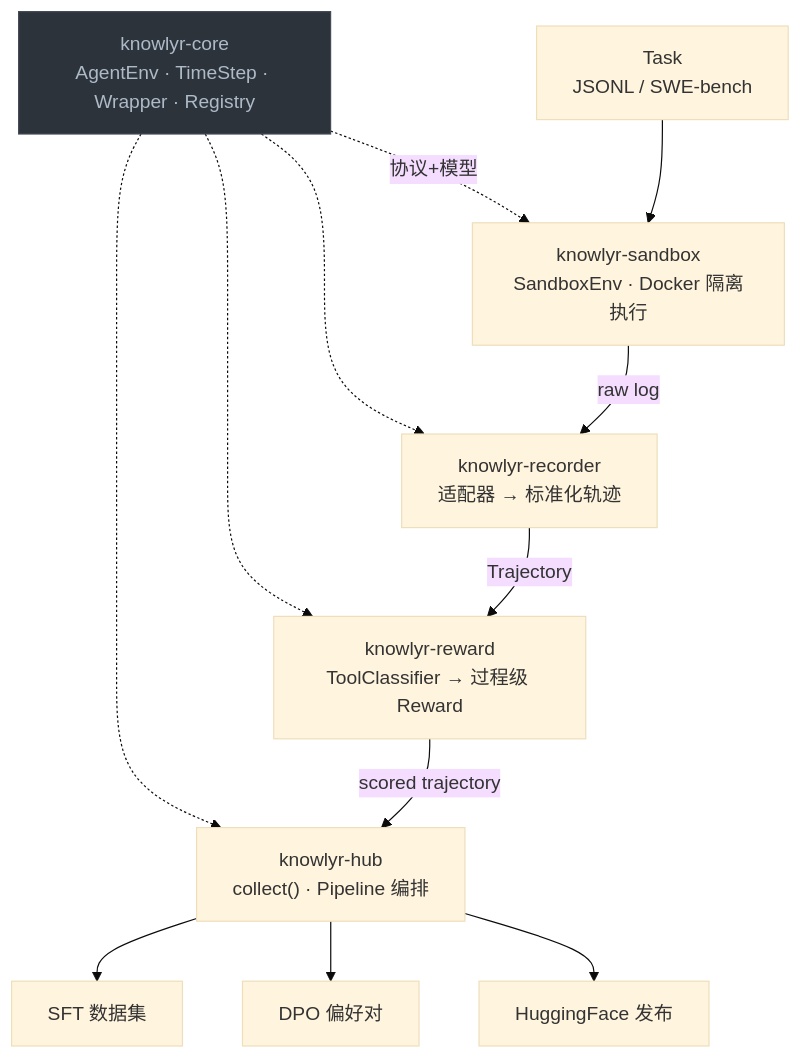
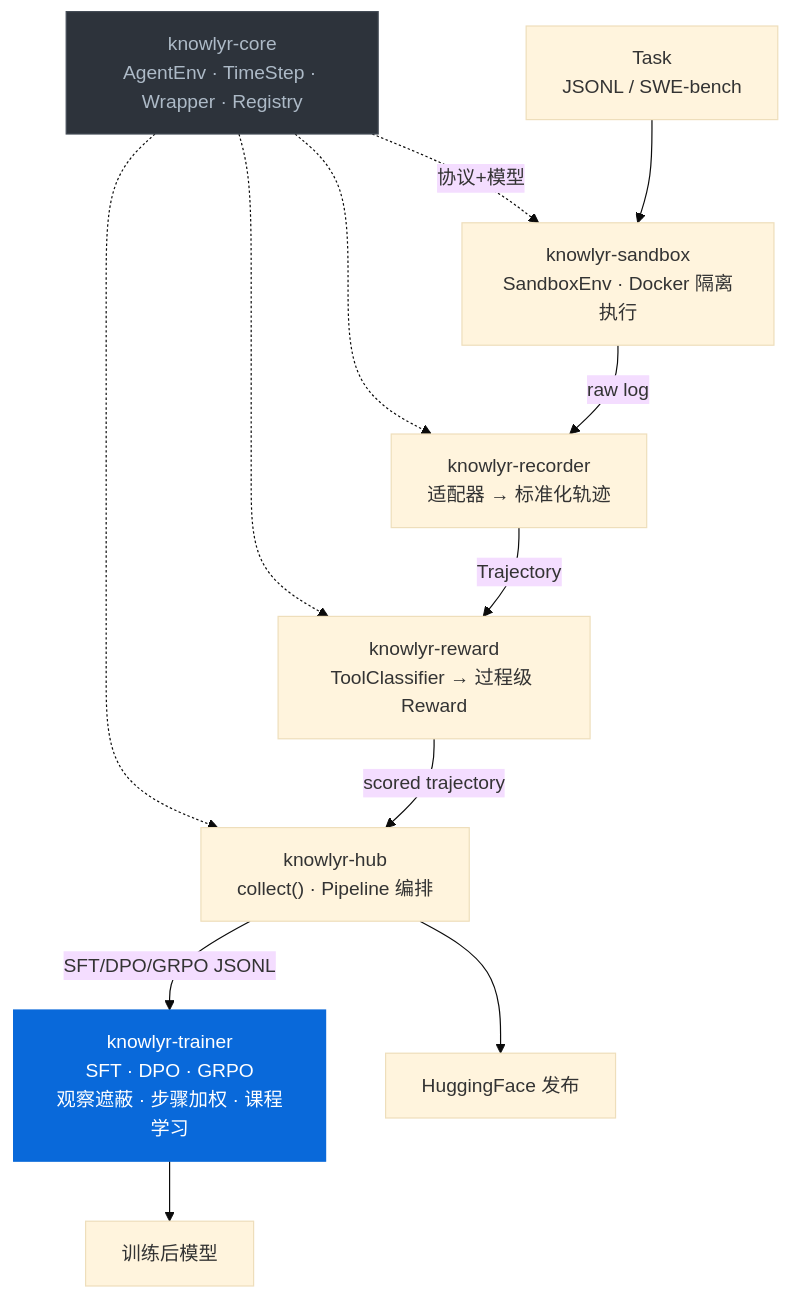
Before and after one commit to liuxiaotong/knowlyr-agent: the first of 2 diagrams in README.md, drawn with Mermaid (base theme). The commit also changed other lines of this file and 46 other files, not shown here.

First line of the commit message:
feat: add knowlyr-trainer package with agent training enhancements

````diff
--- a/README.md
+++ b/README.md
@@ -41,16 +42,17 @@
 ```mermaid
 graph TD
     C["knowlyr-core<br/>AgentEnv · TimeStep · Wrapper · Registry"] -.->|协议+模型| S
     C -.-> R
     C -.-> W
     C -.-> H
     T["Task<br/>JSONL / SWE-bench"] --> S["knowlyr-sandbox<br/>SandboxEnv · Docker 隔离执行"]
     S -->|raw log| R["knowlyr-recorder<br/>适配器 → 标准化轨迹"]
     R -->|Trajectory| W["knowlyr-reward<br/>ToolClassifier → 过程级 Reward"]
     W -->|scored trajectory| H["knowlyr-hub<br/>collect() · Pipeline 编排"]
-    H --> O1["SFT 数据集"]
-    H --> O2["DPO 偏好对"]
+    H -->|SFT/DPO/GRPO JSONL| TR["knowlyr-trainer<br/>SFT · DPO · GRPO<br/>观察遮蔽 · 步骤加权 · 课程学习"]
     H --> O3["HuggingFace 发布"]
+    TR --> M["训练后模型"]
 
     style C fill:#2d333b,color:#adbac7,stroke:#444c56
+    style TR fill:#0969da,color:#fff,stroke:#0969da
 ```
````
